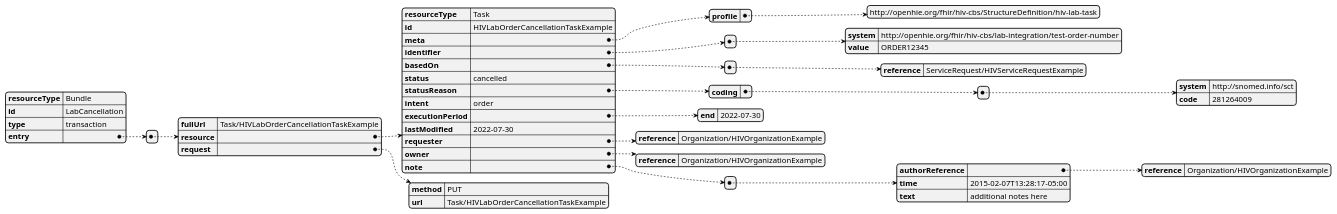
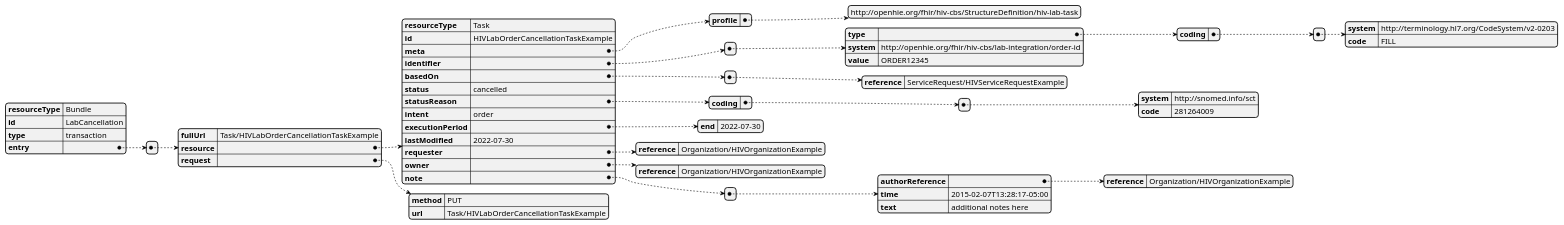
One commit to openhie/HIV-CBS changed the diagram in input/images-source/lab-cancellation-bundle.pu. Above: the diagram before and after it, drawn with PlantUML. The commit also changed 12 other files, not shown here.

```diff
--- a/input/images-source/lab-cancellation-bundle.pu
+++ b/input/images-source/lab-cancellation-bundle.pu
@@ -1,55 +1,60 @@
 @startjson lab-cancellation-bundle
 {
   "resourceType" : "Bundle",
   "id" : "LabCancellation",
   "type" : "transaction",
   "entry" : [{
     "fullUrl" : "Task/HIVLabOrderCancellationTaskExample",
     "resource" : {
       "resourceType" : "Task",
       "id" : "HIVLabOrderCancellationTaskExample",
       "meta" : {
         "profile" : ["http://openhie.org/fhir/hiv-cbs/StructureDefinition/hiv-lab-task"]
       },
     
       "identifier" : [{
-        "system" : "http://openhie.org/fhir/hiv-cbs/lab-integration/test-order-number",
+        "type" : {
+          "coding" : [{
+            "system" : "http://terminology.hl7.org/CodeSystem/v2-0203",
+            "code" : "FILL"
+          }]
+        },
+        "system" : "http://openhie.org/fhir/hiv-cbs/lab-integration/order-id",
         "value" : "ORDER12345"
       }],
       "basedOn" : [{
         "reference" : "ServiceRequest/HIVServiceRequestExample"
       }],
       "status" : "cancelled",
       "statusReason" : {
         "coding" : [{
           "system" : "http://snomed.info/sct",
           "code" : "281264009"
         }]
       },
       "intent" : "order",
       "executionPeriod" : {
         "end" : "2022-07-30"
       },
       "lastModified" : "2022-07-30",
       "requester" : {
         "reference" : "Organization/HIVOrganizationExample"
       },
       "owner" : {
         "reference" : "Organization/HIVOrganizationExample"
       },
       "note" : [{
         "authorReference" : {
           "reference" : "Organization/HIVOrganizationExample"
         },
         "time" : "2015-02-07T13:28:17-05:00",
         "text" : "additional notes here"
       }]
     },
     "request" : {
       "method" : "PUT",
       "url" : "Task/HIVLabOrderCancellationTaskExample"
     }
   }]
 }
-
 @endjson
```
